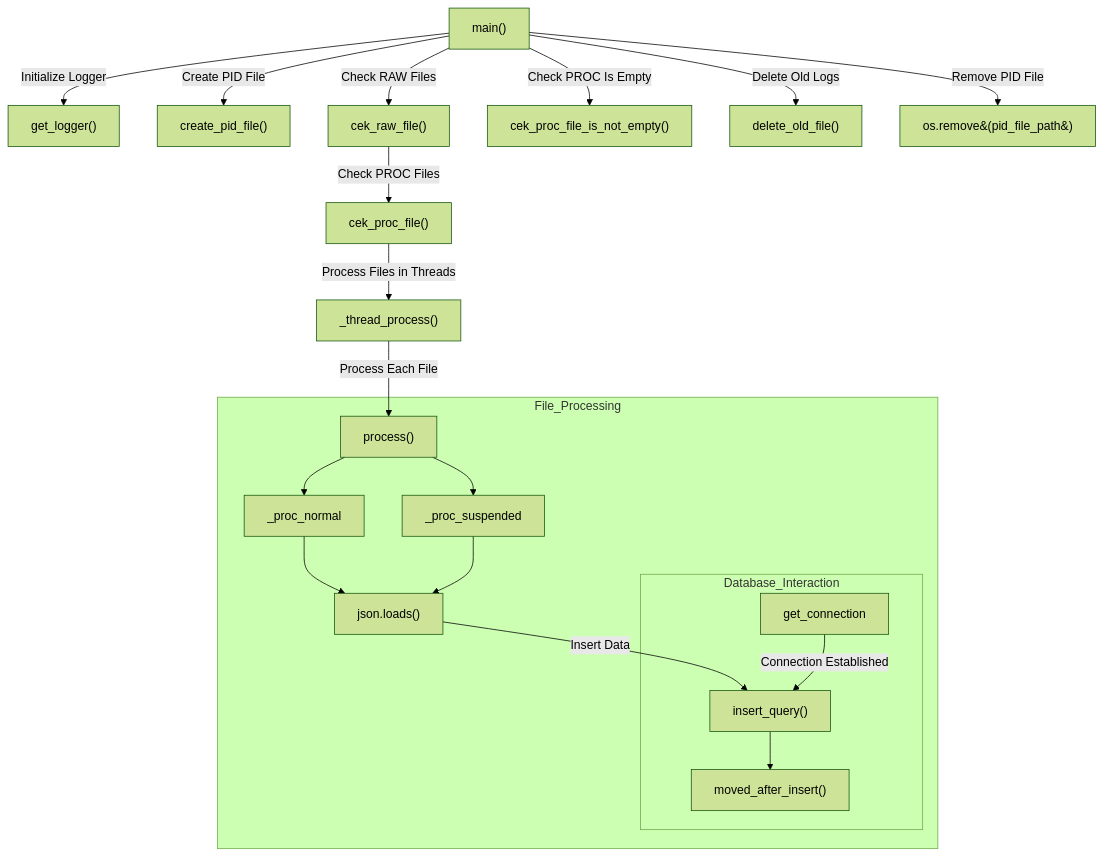
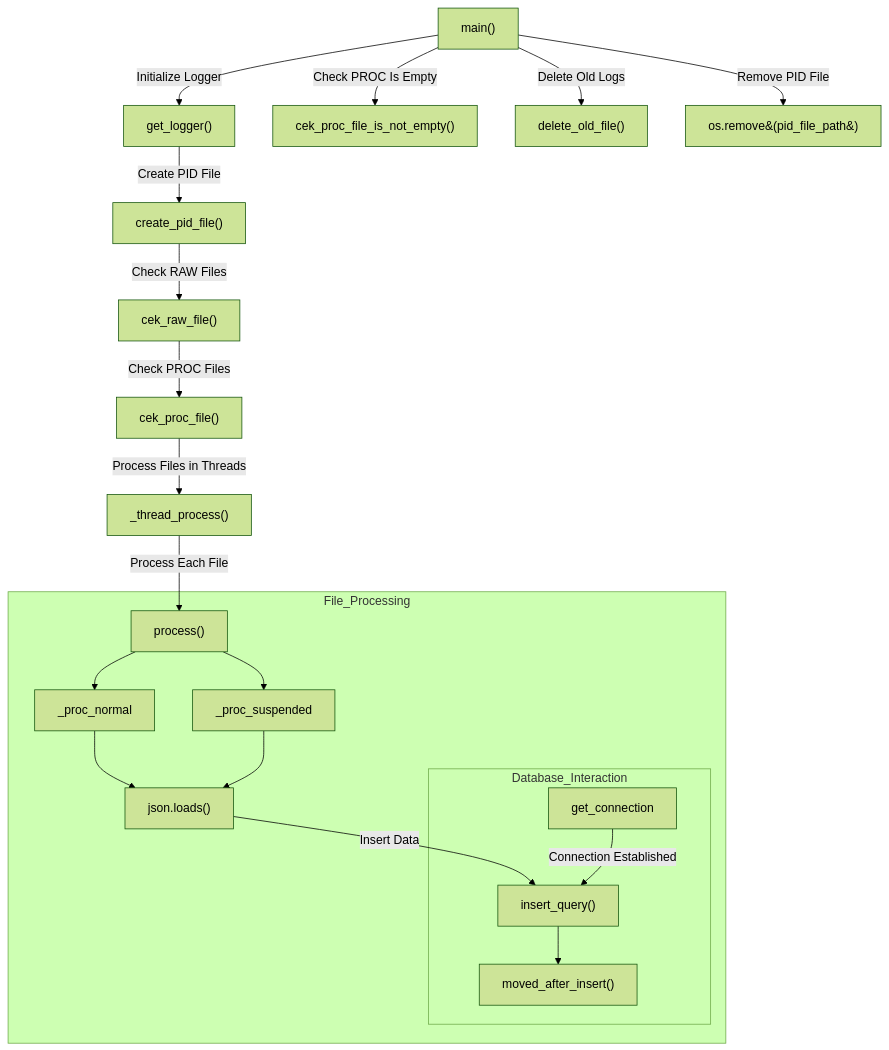
Before and after one commit to maulanaady/psn: the second of 2 diagrams in UDR/parsing_readme.md, drawn with Mermaid (forest theme).

Commit message:
update readme file

````diff
--- a/UDR/parsing_readme.md
+++ b/UDR/parsing_readme.md
@@ -155,28 +155,28 @@
 ```mermaid
 graph TD;
     A[main#40;#41;] -->|Initialize Logger| B[get_logger#40;#41;];
-    A -->|Create PID File| C[create_pid_file#40;#41;];
-    A -->|Check RAW Files| D[cek_raw_file#40;#41;];
+    B -->|Create PID File| C[create_pid_file#40;#41;];
+    C -->|Check RAW Files| D[cek_raw_file#40;#41;];
     D -->|Check PROC Files| E[cek_proc_file#40;#41;];
     E -->|Process Files in Threads| F[_thread_process#40;#41;];
     F -->|Process Each File| G[process#40;#41;];
 
     H -->|Insert Data| I[insert_query#40;#41;];    
 
     A -->|Check PROC Is Empty| K[cek_proc_file_is_not_empty#40;#41;];
     A -->|Delete Old Logs| L[delete_old_file#40;#41;];
     A -->|Remove PID File| M[os.remove&#40;pid_file_path&#41;];
 
     subgraph File_Processing;
         G --> _proc_normal --> H[json.loads#40;#41;];
         G --> _proc_suspended --> H[json.loads#40;#41;];
 
         subgraph Database_Interaction;
         get_connection -->|Connection Established| I;
         I --> J[moved_after_insert#40;#41;]
         end;
 
     end;
 
     
 ```
````
